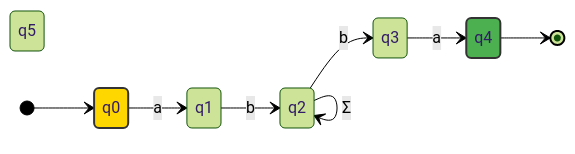
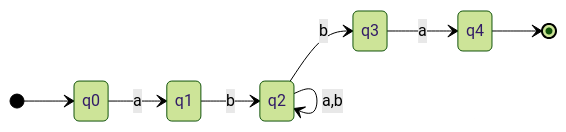
Before and after one commit to aarnphm/aarnphm.github.io: the first of 3 diagrams in content/thoughts/NFA.md, drawn with Mermaid (forest theme). The commit also changed other lines of this file and 128 other files, not shown here.

Commit message:
feat(mdx): standardize figure-fieldset legends, expand MTP and Qwen3 head spectra, and tighten figure captions

````diff
--- a/content/thoughts/NFA.md
+++ b/content/thoughts/NFA.md
@@ -36,24 +53,11 @@
 ```mermaid
 stateDiagram-v2
     direction LR
-    classDef accepting fill:#4CAF50,stroke:#333,stroke-width:2px
-    classDef start fill:#FFD700,stroke:#333,stroke-width:2px
-
-    s0: q0
-    s1: q1
-    s2: q2
-    s3: q3
-    s4: q4
-    s5: q5
-
-    [*] --> s0
-    s0 --> s1: a
-    s1 --> s2: b
-    s2 --> s2: Σ
-    s2 --> s3: b
-    s3 --> s4: a
-    s4 --> [*]
-
-    class s4 accepting
-    class s0 start
+    [*] --> q0
+    q0 --> q1: a
+    q1 --> q2: b
+    q2 --> q2: a,b
+    q2 --> q3: b
+    q3 --> q4: a
+    q4 --> [*]
 ```
````
